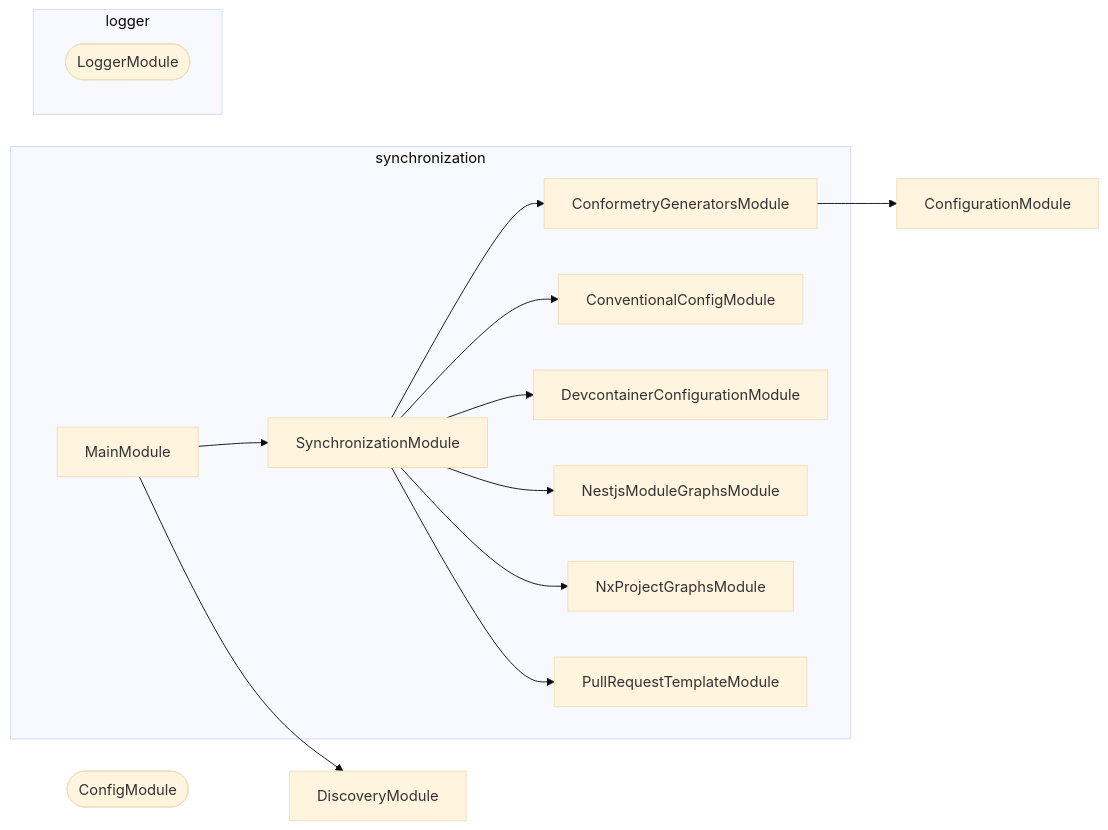
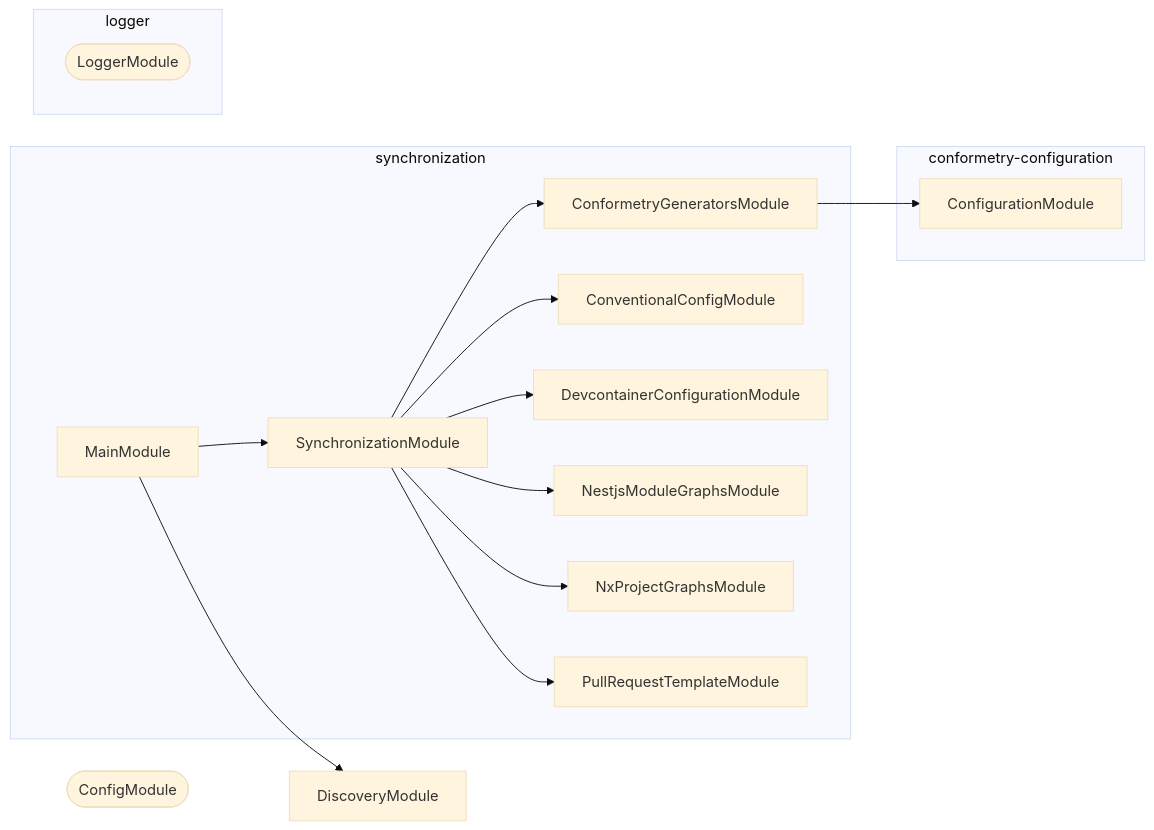
One commit to JimmyPaolini/codebase changed the diagram in tools/synchronization/AGENTS.md. Above: the diagram before and after it, drawn with Mermaid (base theme). The commit also changed 59 other files, not shown here.

Commit message:
fix(conformetry): 🐛 disambiguate module names so both graphs agree

````diff
--- a/tools/synchronization/AGENTS.md
+++ b/tools/synchronization/AGENTS.md
@@ -83,28 +83,30 @@
 ```mermaid
 flowchart LR
   subgraph group0["synchronization"]
     ConformetryGeneratorsModule
     ConventionalConfigModule
     DevcontainerConfigurationModule
     MainModule
     NestjsModuleGraphsModule
     NxProjectGraphsModule
     PullRequestTemplateModule
     SynchronizationModule
   end
-  subgraph group1["logger"]
+  subgraph group1["conformetry-configuration"]
+    ConfigurationModule
+  end
+  subgraph group2["logger"]
     LoggerModule([LoggerModule])
   end
   ConfigModule([ConfigModule])
-  ConfigurationModule
   DiscoveryModule
   ConformetryGeneratorsModule --> ConfigurationModule
   MainModule --> DiscoveryModule
   MainModule --> SynchronizationModule
   SynchronizationModule --> ConformetryGeneratorsModule
   SynchronizationModule --> ConventionalConfigModule
   SynchronizationModule --> DevcontainerConfigurationModule
   SynchronizationModule --> NestjsModuleGraphsModule
   SynchronizationModule --> NxProjectGraphsModule
   SynchronizationModule --> PullRequestTemplateModule
 ```
````
